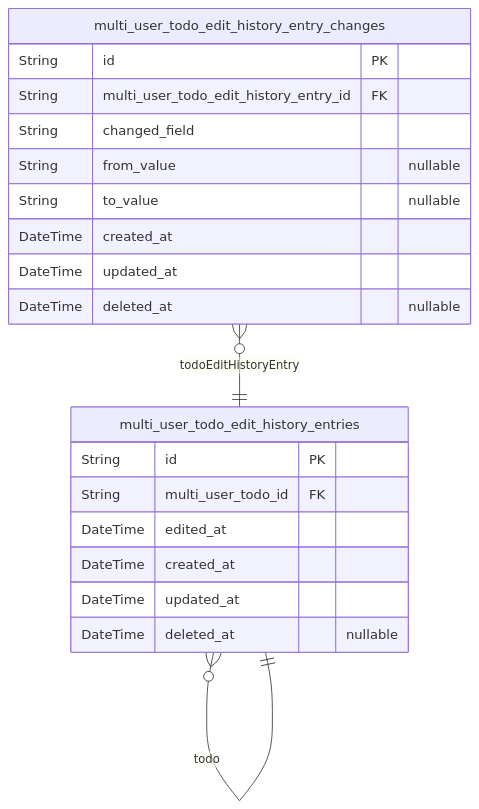
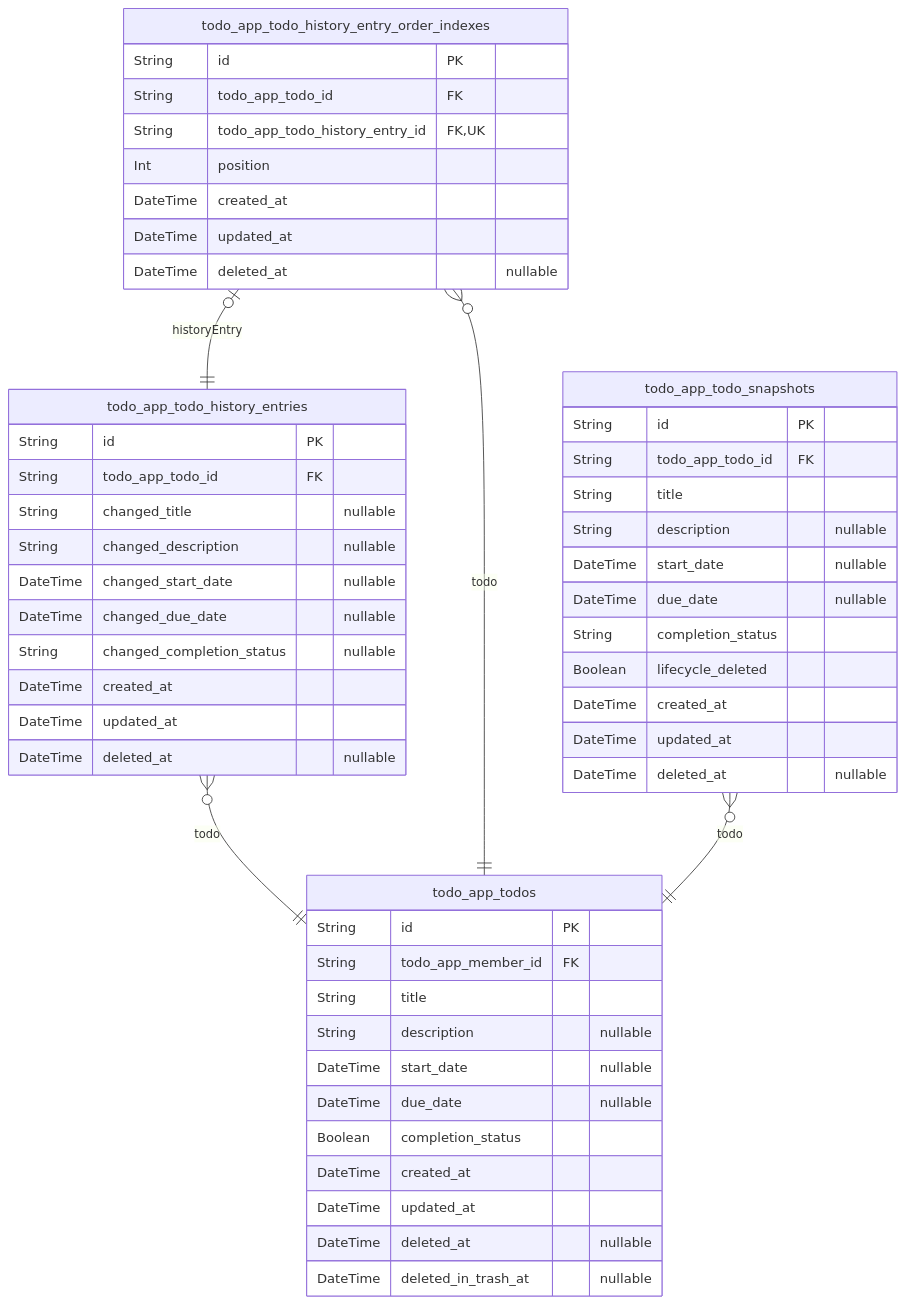
One commit to wrtnlabs/autobe-examples changed the third of 3 diagrams in openai/gpt-5.4-nano/todo/docs/ERD.md. Above: the diagram before and after it, drawn with Mermaid. The commit also changed other lines of this file and 457 other files, not shown here.

````diff
--- a/openai/gpt-5.4-nano/todo/docs/ERD.md
+++ b/openai/gpt-5.4-nano/todo/docs/ERD.md
@@ -298,23 +260,54 @@
 ```mermaid
 erDiagram
-"multi_user_todo_edit_history_entries" {
+"todo_app_todo_history_entries" {
   String id PK
-  String multi_user_todo_id FK
-  DateTime edited_at
+  String todo_app_todo_id FK
+  String changed_title "nullable"
+  String changed_description "nullable"
+  DateTime changed_start_date "nullable"
+  DateTime changed_due_date "nullable"
+  String changed_completion_status "nullable"
   DateTime created_at
   DateTime updated_at
   DateTime deleted_at "nullable"
 }
-"multi_user_todo_edit_history_entry_changes" {
+"todo_app_todo_history_entry_order_indexes" {
   String id PK
-  String multi_user_todo_edit_history_entry_id FK
-  String changed_field
-  String from_value "nullable"
-  String to_value "nullable"
+  String todo_app_todo_id FK
+  String todo_app_todo_history_entry_id FK,UK
+  Int position
   DateTime created_at
   DateTime updated_at
   DateTime deleted_at "nullable"
 }
-"multi_user_todo_edit_history_entries" }o--|| "multi_user_todo_edit_history_entries" : todo
-"multi_user_todo_edit_history_entry_changes" }o--|| "multi_user_todo_edit_history_entries" : todoEditHistoryEntry
+"todo_app_todos" {
+  String id PK
+  String todo_app_member_id FK
+  String title
+  String description "nullable"
+  DateTime start_date "nullable"
+  DateTime due_date "nullable"
+  Boolean completion_status
+  DateTime created_at
+  DateTime updated_at
+  DateTime deleted_at "nullable"
+  DateTime deleted_in_trash_at "nullable"
+}
+"todo_app_todo_snapshots" {
+  String id PK
+  String todo_app_todo_id FK
+  String title
+  String description "nullable"
+  DateTime start_date "nullable"
+  DateTime due_date "nullable"
+  String completion_status
+  Boolean lifecycle_deleted
+  DateTime created_at
+  DateTime updated_at
+  DateTime deleted_at "nullable"
+}
+"todo_app_todo_history_entries" }o--|| "todo_app_todos" : todo
+"todo_app_todo_history_entry_order_indexes" }o--|| "todo_app_todos" : todo
+"todo_app_todo_history_entry_order_indexes" |o--|| "todo_app_todo_history_entries" : historyEntry
+"todo_app_todo_snapshots" }o--|| "todo_app_todos" : todo
 ```
````
